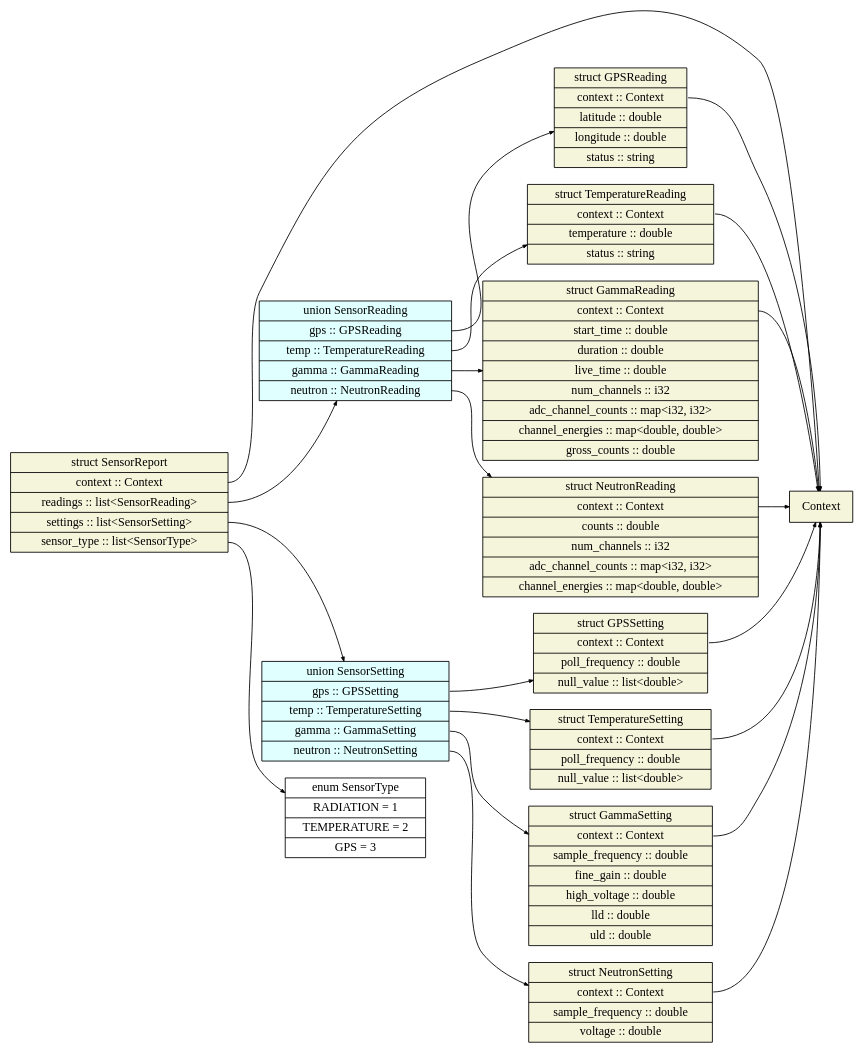
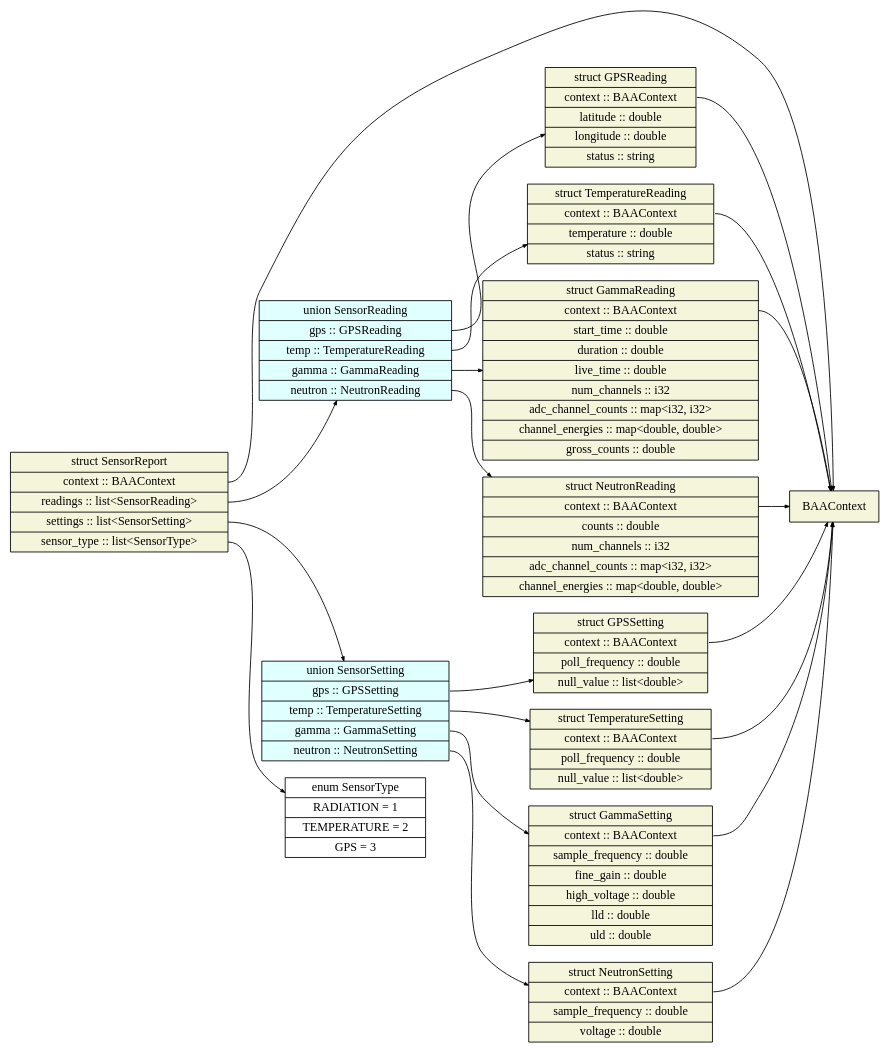
The diagram in docs/sensor.gv (jkwong80/baa_messages), drawn with Graphviz before and after one commit. The commit also changed 14 other files, not shown here.

Commit message:
Updating Schema and unit tests to match Updating thrift compiler and adding graphviz dep to setup.sh

```diff
--- a/docs/sensor.gv
+++ b/docs/sensor.gv
@@ -1,49 +1,49 @@
 digraph "sensor" {
 node [style=filled, shape=record];
 edge [arrowsize=0.5];
 rankdir=LR
 node [fillcolor=white];
 SensorType [label="enum SensorType|RADIATION = 1|TEMPERATURE = 2|GPS = 3"];
 node [fillcolor=beige];
-GPSReading [label="struct GPSReading|<field_context>context :: Context|<field_latitude>latitude :: double|<field_longitude>longitude :: double|<field_status>status :: string"];
+GPSReading [label="struct GPSReading|<field_context>context :: BAAContext|<field_latitude>latitude :: double|<field_longitude>longitude :: double|<field_status>status :: string"];
 node [fillcolor=beige];
-TemperatureReading [label="struct TemperatureReading|<field_context>context :: Context|<field_temperature>temperature :: double|<field_status>status :: string"];
+TemperatureReading [label="struct TemperatureReading|<field_context>context :: BAAContext|<field_temperature>temperature :: double|<field_status>status :: string"];
 node [fillcolor=beige];
-GammaReading [label="struct GammaReading|<field_context>context :: Context|<field_start_time>start_time :: double|<field_duration>duration :: double|<field_live_time>live_time :: double|<field_num_channels>num_channels :: i32|<field_adc_channel_counts>adc_channel_counts :: map\<i32, i32\>|<field_channel_energies>channel_energies :: map\<double, double\>|<field_gross_counts>gross_counts :: double"];
+GammaReading [label="struct GammaReading|<field_context>context :: BAAContext|<field_start_time>start_time :: double|<field_duration>duration :: double|<field_live_time>live_time :: double|<field_num_channels>num_channels :: i32|<field_adc_channel_counts>adc_channel_counts :: map\<i32, i32\>|<field_channel_energies>channel_energies :: map\<double, double\>|<field_gross_counts>gross_counts :: double"];
 node [fillcolor=beige];
-NeutronReading [label="struct NeutronReading|<field_context>context :: Context|<field_counts>counts :: double|<field_num_channels>num_channels :: i32|<field_adc_channel_counts>adc_channel_counts :: map\<i32, i32\>|<field_channel_energies>channel_energies :: map\<double, double\>"];
+NeutronReading [label="struct NeutronReading|<field_context>context :: BAAContext|<field_counts>counts :: double|<field_num_channels>num_channels :: i32|<field_adc_channel_counts>adc_channel_counts :: map\<i32, i32\>|<field_channel_energies>channel_energies :: map\<double, double\>"];
 node [fillcolor=lightcyan];
 SensorReading [label="union SensorReading|<field_gps>gps :: GPSReading|<field_temp>temp :: TemperatureReading|<field_gamma>gamma :: GammaReading|<field_neutron>neutron :: NeutronReading"];
 node [fillcolor=beige];
-GPSSetting [label="struct GPSSetting|<field_context>context :: Context|<field_poll_frequency>poll_frequency :: double|<field_null_value>null_value :: list\<double\>"];
+GPSSetting [label="struct GPSSetting|<field_context>context :: BAAContext|<field_poll_frequency>poll_frequency :: double|<field_null_value>null_value :: list\<double\>"];
 node [fillcolor=beige];
-TemperatureSetting [label="struct TemperatureSetting|<field_context>context :: Context|<field_poll_frequency>poll_frequency :: double|<field_null_value>null_value :: list\<double\>"];
+TemperatureSetting [label="struct TemperatureSetting|<field_context>context :: BAAContext|<field_poll_frequency>poll_frequency :: double|<field_null_value>null_value :: list\<double\>"];
 node [fillcolor=beige];
-GammaSetting [label="struct GammaSetting|<field_context>context :: Context|<field_sample_frequency>sample_frequency :: double|<field_fine_gain>fine_gain :: double|<field_high_voltage>high_voltage :: double|<field_lld>lld :: double|<field_uld>uld :: double"];
+GammaSetting [label="struct GammaSetting|<field_context>context :: BAAContext|<field_sample_frequency>sample_frequency :: double|<field_fine_gain>fine_gain :: double|<field_high_voltage>high_voltage :: double|<field_lld>lld :: double|<field_uld>uld :: double"];
 node [fillcolor=beige];
-NeutronSetting [label="struct NeutronSetting|<field_context>context :: Context|<field_sample_frequency>sample_frequency :: double|<field_voltage>voltage :: double"];
+NeutronSetting [label="struct NeutronSetting|<field_context>context :: BAAContext|<field_sample_frequency>sample_frequency :: double|<field_voltage>voltage :: double"];
 node [fillcolor=lightcyan];
 SensorSetting [label="union SensorSetting|<field_gps>gps :: GPSSetting|<field_temp>temp :: TemperatureSetting|<field_gamma>gamma :: GammaSetting|<field_neutron>neutron :: NeutronSetting"];
 node [fillcolor=beige];
-SensorReport [label="struct SensorReport|<field_context>context :: Context|<field_readings>readings :: list\<SensorReading\>|<field_settings>settings :: list\<SensorSetting\>|<field_sensor_type>sensor_type :: list\<SensorType\>"];
-GPSReading:field_context -> Context
-TemperatureReading:field_context -> Context
-GammaReading:field_context -> Context
-NeutronReading:field_context -> Context
+SensorReport [label="struct SensorReport|<field_context>context :: BAAContext|<field_readings>readings :: list\<SensorReading\>|<field_settings>settings :: list\<SensorSetting\>|<field_sensor_type>sensor_type :: list\<SensorType\>"];
+GPSReading:field_context -> BAAContext
+TemperatureReading:field_context -> BAAContext
+GammaReading:field_context -> BAAContext
+NeutronReading:field_context -> BAAContext
 SensorReading:field_gps -> GPSReading
 SensorReading:field_temp -> TemperatureReading
 SensorReading:field_gamma -> GammaReading
 SensorReading:field_neutron -> NeutronReading
-GPSSetting:field_context -> Context
-TemperatureSetting:field_context -> Context
-GammaSetting:field_context -> Context
-NeutronSetting:field_context -> Context
+GPSSetting:field_context -> BAAContext
+TemperatureSetting:field_context -> BAAContext
+GammaSetting:field_context -> BAAContext
+NeutronSetting:field_context -> BAAContext
 SensorSetting:field_gps -> GPSSetting
 SensorSetting:field_temp -> TemperatureSetting
 SensorSetting:field_gamma -> GammaSetting
 SensorSetting:field_neutron -> NeutronSetting
-SensorReport:field_context -> Context
+SensorReport:field_context -> BAAContext
 SensorReport:field_readings -> SensorReading
 SensorReport:field_settings -> SensorSetting
 SensorReport:field_sensor_type -> SensorType
 }
```
